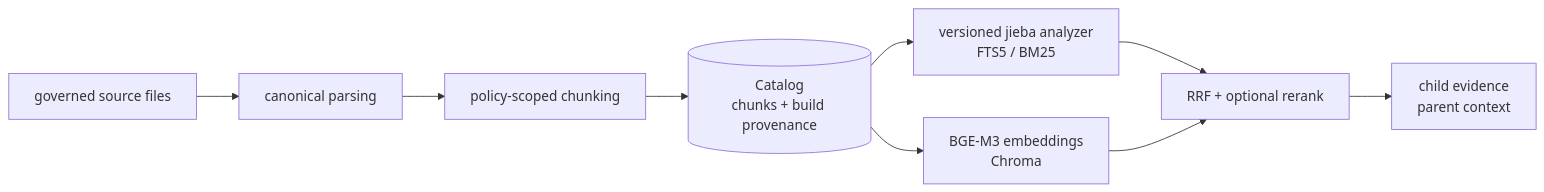
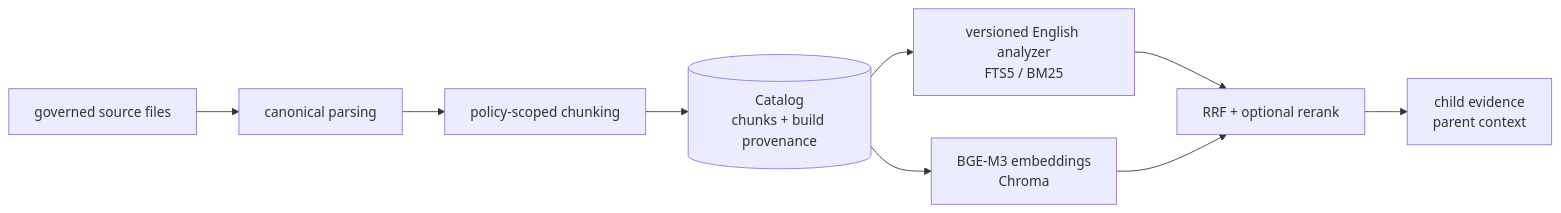
Before and after one commit to FaxClouder/Ped-Agent: the second of 2 diagrams in docs/project-architecture.md, drawn with Mermaid. The commit also changed other lines of this file and 493 other files, not shown here.

````diff
--- a/docs/project-architecture.md
+++ b/docs/project-architecture.md
@@ -71,11 +76,11 @@
 ```mermaid
 flowchart LR
     source["governed source files"] --> parse["canonical parsing"]
     parse --> chunk["policy-scoped chunking"]
     chunk --> catalog[("Catalog\nchunks + build provenance")]
-    catalog --> sparse["versioned jieba analyzer\nFTS5 / BM25"]
+    catalog --> sparse["versioned English analyzer\nFTS5 / BM25"]
     catalog --> dense["BGE-M3 embeddings\nChroma"]
     sparse --> hybrid["RRF + optional rerank"]
     dense --> hybrid
     hybrid --> evidence["child evidence\nparent context"]
 ```
````
